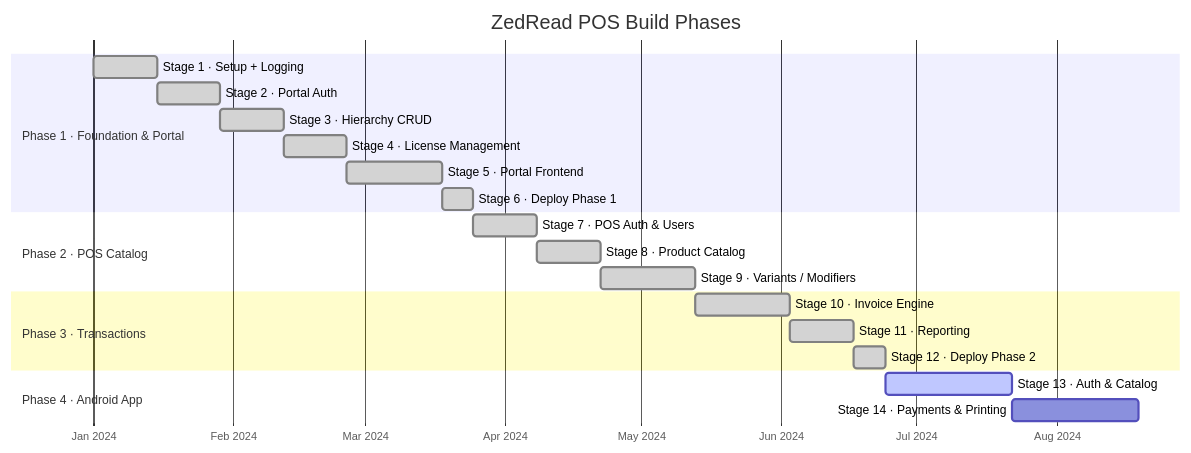
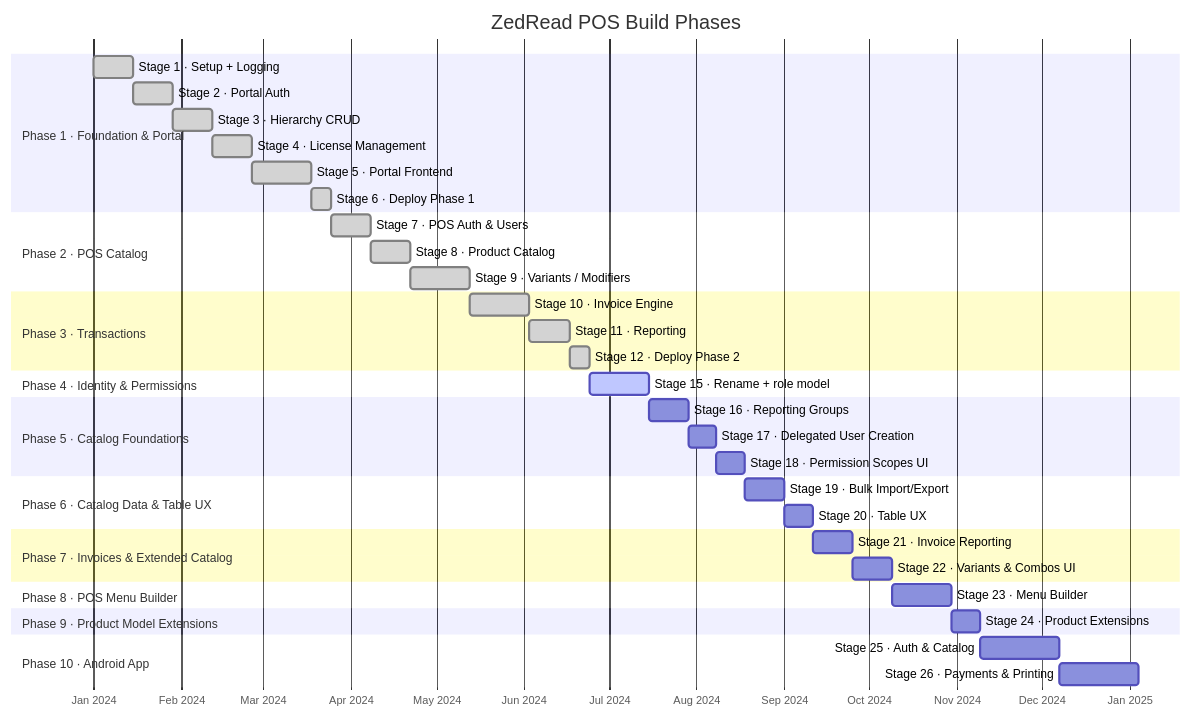
The diagram in ROADMAP.md (haydendavies-jpg/ZedRead), drawn with Mermaid before and after one commit. The commit also changed other lines of this file and 5 other files, not shown here.

First line of the commit message:
docs: plan Stages 16-24 (catalog, permissions UI, invoices, menu builder)

````diff
--- a/ROADMAP.md
+++ b/ROADMAP.md
@@ -9,28 +9,50 @@
 ```mermaid
 gantt
     title ZedRead POS Build Phases
     dateFormat  YYYY-MM-DD
     axisFormat %b %Y
 
     section Phase 1 · Foundation & Portal
     Stage 1 · Setup + Logging        :done, s1, 2024-01-01, 14d
     Stage 2 · Portal Auth            :done, s2, after s1, 14d
     Stage 3 · Hierarchy CRUD         :done, s3, after s2, 14d
     Stage 4 · License Management     :done, s4, after s3, 14d
     Stage 5 · Portal Frontend        :done, s5, after s4, 21d
     Stage 6 · Deploy Phase 1         :done, s6, after s5, 7d
 
     section Phase 2 · POS Catalog
     Stage 7 · POS Auth & Users       :done, s7, after s6, 14d
     Stage 8 · Product Catalog        :done, s8, after s7, 14d
     Stage 9 · Variants / Modifiers   :done, s9, after s8, 21d
 
     section Phase 3 · Transactions
     Stage 10 · Invoice Engine        :done, s10, after s9, 21d
     Stage 11 · Reporting             :done, s11, after s10, 14d
     Stage 12 · Deploy Phase 2        :done, s12, after s11, 7d
 
-    section Phase 4 · Android App
-    Stage 13 · Auth & Catalog        :active, s13, after s12, 28d
-    Stage 14 · Payments & Printing   :s14, after s13, 28d
+    section Phase 4 · Identity & Permissions
+    Stage 15 · Rename + role model   :active, s15, after s12, 21d
+
+    section Phase 5 · Catalog Foundations
+    Stage 16 · Reporting Groups      :s16, after s15, 14d
+    Stage 17 · Delegated User Creation :s17, after s16, 10d
+    Stage 18 · Permission Scopes UI  :s18, after s17, 10d
+
+    section Phase 6 · Catalog Data & Table UX
+    Stage 19 · Bulk Import/Export    :s19, after s18, 14d
+    Stage 20 · Table UX              :s20, after s19, 10d
+
+    section Phase 7 · Invoices & Extended Catalog
+    Stage 21 · Invoice Reporting     :s21, after s20, 14d
+    Stage 22 · Variants & Combos UI  :s22, after s21, 14d
+
+    section Phase 8 · POS Menu Builder
+    Stage 23 · Menu Builder          :s23, after s22, 21d
+
+    section Phase 9 · Product Model Extensions
+    Stage 24 · Product Extensions    :s24, after s23, 10d
+
+    section Phase 10 · Android App
+    Stage 25 · Auth & Catalog        :s25, after s24, 28d
+    Stage 26 · Payments & Printing   :s26, after s25, 28d
 ```
````
